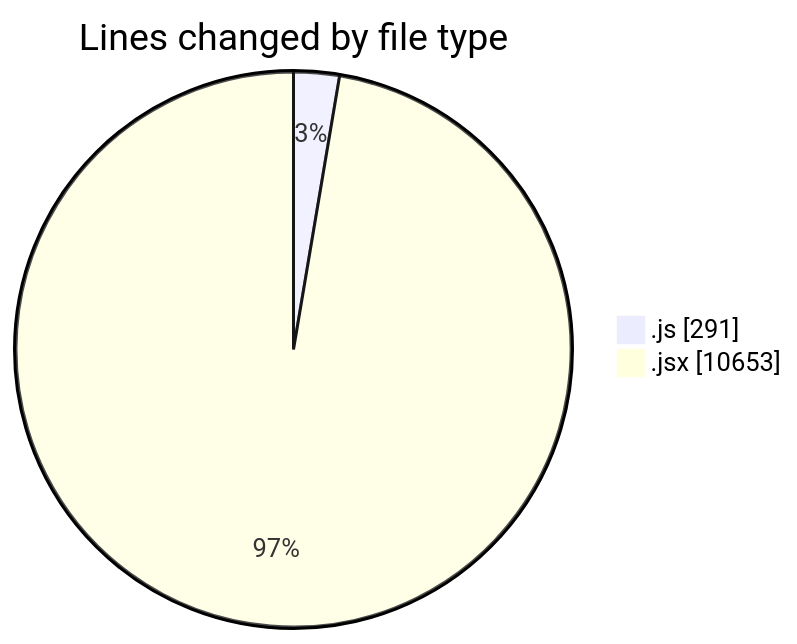
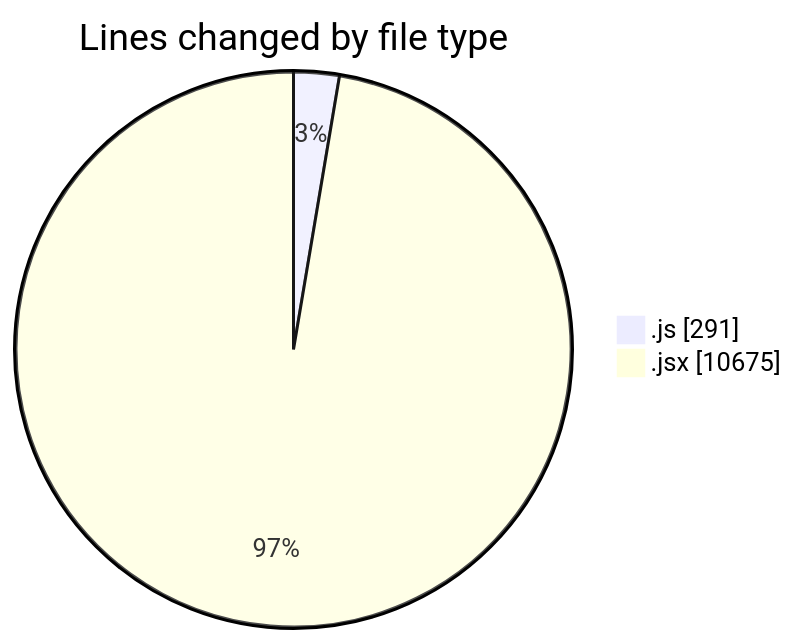
One commit to nxtqubesakshisongat/code-tracking changed the first of 2 diagrams in 2025-07-28/nxtqube_webapp/README.md. Above: the diagram before and after it, drawn with Mermaid. The commit also changed other lines of this file and 1 other file, not shown here.

````diff
--- a/2025-07-28/nxtqube_webapp/README.md
+++ b/2025-07-28/nxtqube_webapp/README.md
@@ -45,6 +45,6 @@
 ```mermaid
 pie showData
 title Lines changed by file type
 ".js" : 291
-".jsx" : 10653
+".jsx" : 10675
 ```
````
